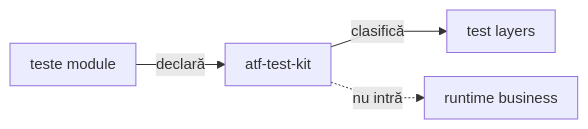
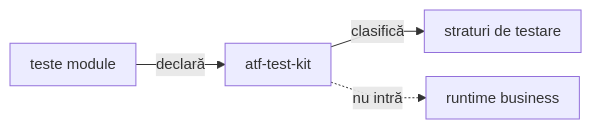
The first of 3 diagrams in atf-test-kit/README.md (crististefanita/atf_j0), drawn with Mermaid before and after one commit. The commit also changed other lines of this file and 113 other files, not shown here.

````diff
--- a/atf-test-kit/README.md
+++ b/atf-test-kit/README.md
@@ -11,7 +13,7 @@
 ```mermaid
 %%{init: {"themeVariables":{"fontSize":"15px"},"themeCSS":".nodeLabel, .nodeLabel p { font-size: 15px !important; line-height: 1.35 !important; } .edgeLabel, .edgeLabel p { font-size: 12px !important; font-weight: 400 !important; line-height: 1.2 !important; } .edgeLabel .labelBkg, .edgeLabel p { background: transparent !important; } .edgeLabel foreignObject { transform: translateY(-18px); overflow: visible; } .node rect { rx: 6px; ry: 6px; }","flowchart":{"curve":"linear","nodeSpacing":24,"rankSpacing":40,"padding":10,"diagramPadding":16}}}%%
 flowchart LR
     ModuleTests[teste module] -->|declară| Kit[atf-test-kit]
-    Kit -->|clasifică| Levels[test layers]
+    Kit -->|clasifică| Levels[straturi de testare]
     Kit -. nu intră .-> Production[runtime business]
 ```
````
